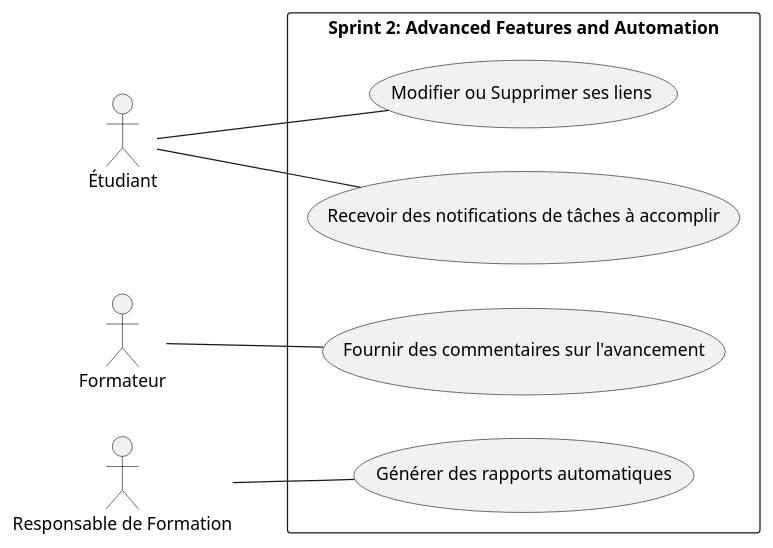
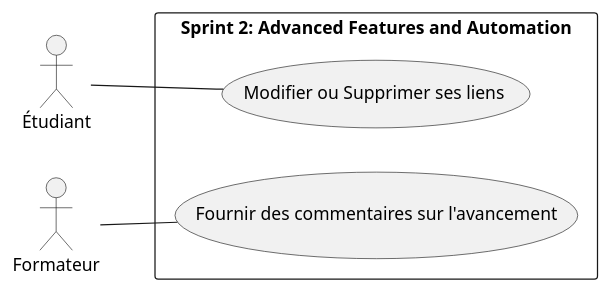
Before and after one commit to AyoubBakali07/UI_UX_Design: the diagram in Branch_fonctionell/Use_cases/use_case_sprint2.puml, drawn with PlantUML. The commit also changed 4 other files, not shown here.

```diff
--- a/Branch_fonctionell/Use_cases/use_case_sprint2.puml
+++ b/Branch_fonctionell/Use_cases/use_case_sprint2.puml
@@ -1,21 +1,17 @@
 @startuml
 left to right direction
 actor Étudiant
 actor Formateur
-actor "Responsable de Formation" as Responsable
 
 rectangle "Sprint 2: Advanced Features and Automation" {
     usecase "Modifier ou Supprimer ses liens" as UC8
-        usecase "Recevoir des notifications de tâches à accomplir" as UC2
 
     usecase "Fournir des commentaires sur l'avancement" as UC5
-    usecase "Générer des rapports automatiques" as UC7
 }
 
 Étudiant -- UC8
-Étudiant -- UC2
 
 Formateur -- UC5
 
-Responsable -- UC7
+
 @enduml
```
